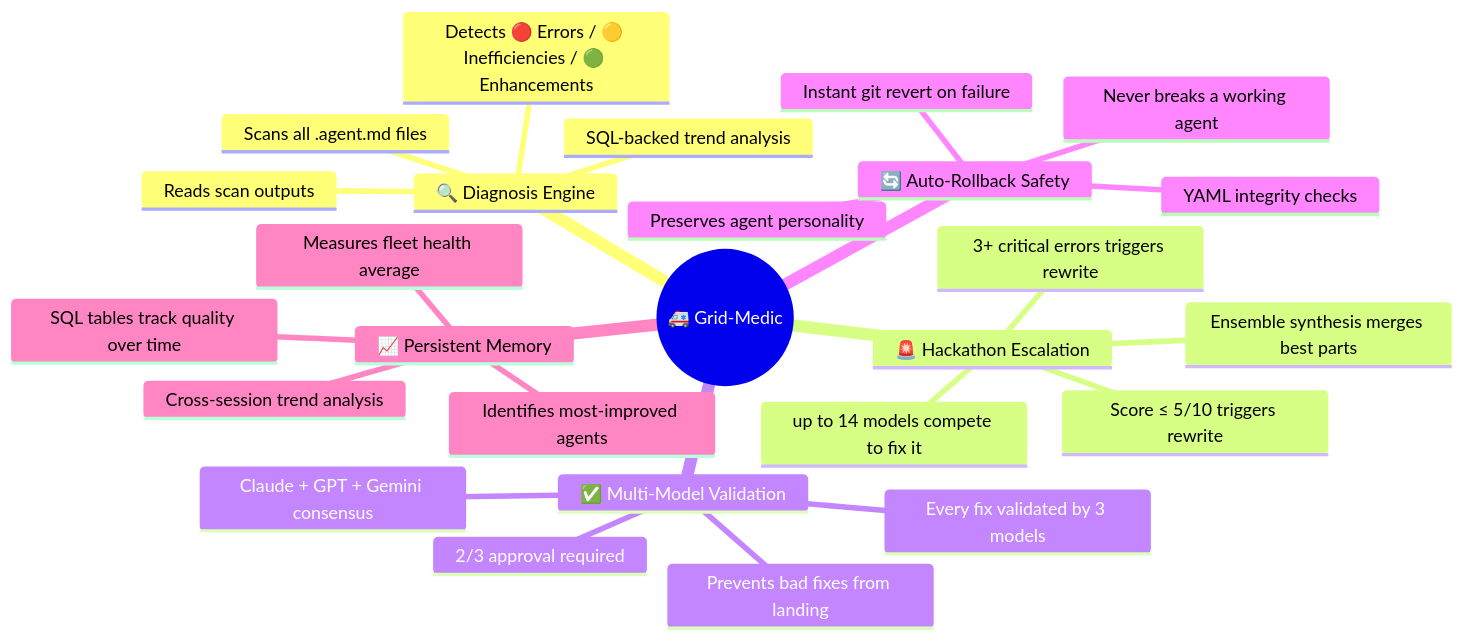
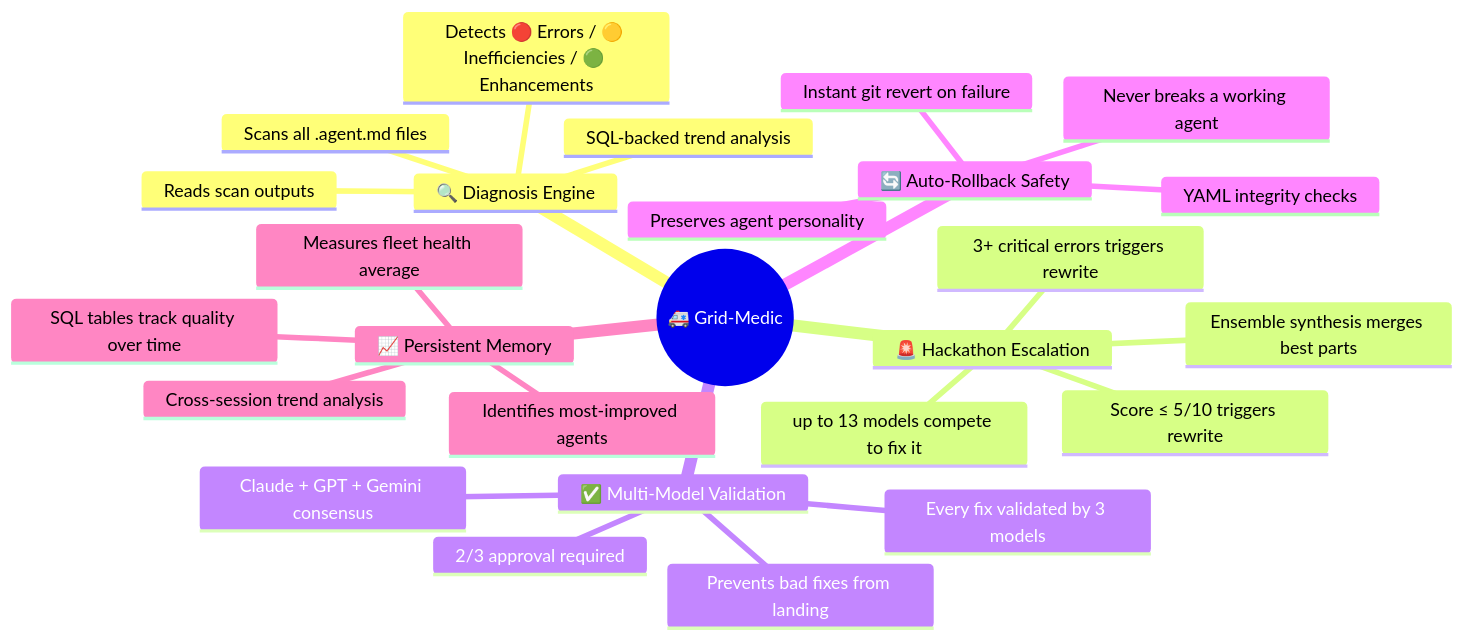
Before and after one commit to DUBSOpenHub/havoc-hackathon: the third of 5 diagrams in docs/GRID-MEDIC-ARCHITECTURE.md, drawn with Mermaid. The commit also changed other lines of this file and 7 other files, not shown here.

````diff
--- a/docs/GRID-MEDIC-ARCHITECTURE.md
+++ b/docs/GRID-MEDIC-ARCHITECTURE.md
@@ -88,29 +88,29 @@
 ```mermaid
 mindmap
   root((🚑 Grid-Medic))
     🔍 Diagnosis Engine
       Scans all .agent.md files
       Reads scan outputs
       Detects 🔴 Errors / 🟡 Inefficiencies / 🟢 Enhancements
       SQL-backed trend analysis
     🚨 Hackathon Escalation
       Score ≤ 5/10 triggers rewrite
       3+ critical errors triggers rewrite
-      up to 14 models compete to fix it
+      up to 13 models compete to fix it
       Ensemble synthesis merges best parts
     ✅ Multi-Model Validation
       Every fix validated by 3 models
       Claude + GPT + Gemini consensus
       2/3 approval required
       Prevents bad fixes from landing
     🔄 Auto-Rollback Safety
       YAML integrity checks
       Instant git revert on failure
       Never breaks a working agent
       Preserves agent personality
     📈 Persistent Memory
       SQL tables track quality over time
       Cross-session trend analysis
       Identifies most-improved agents
       Measures fleet health average
 ```
````
